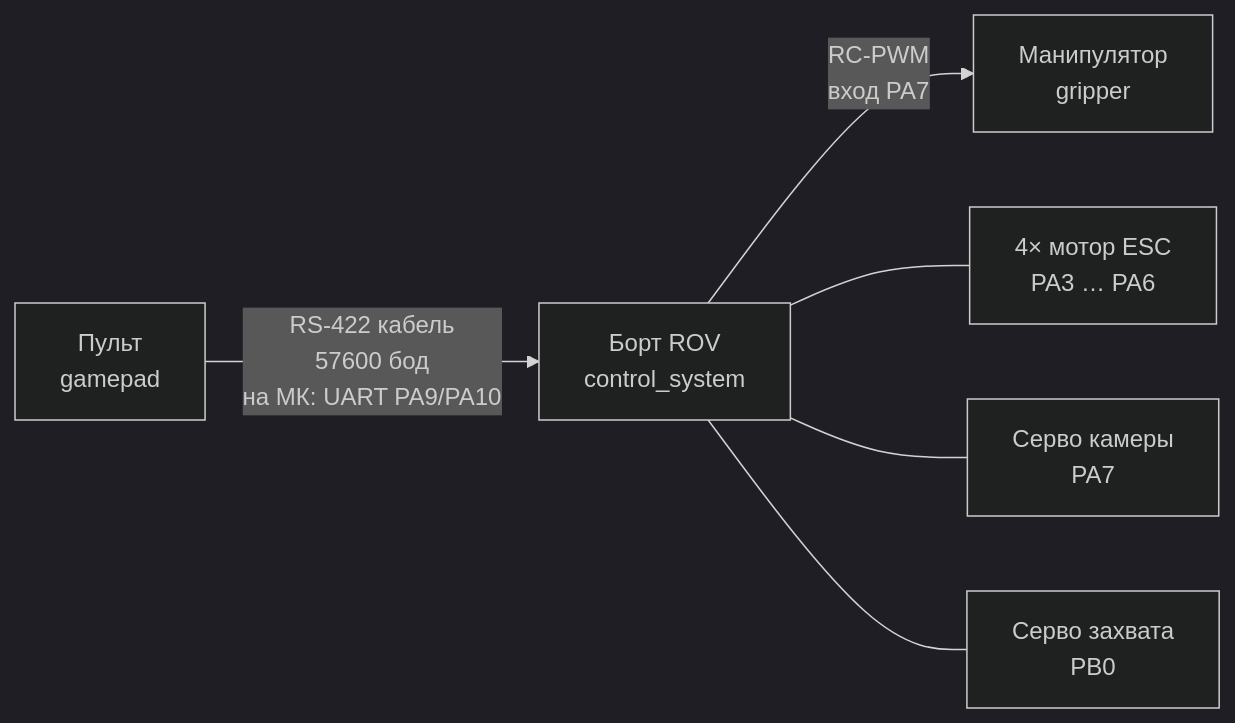
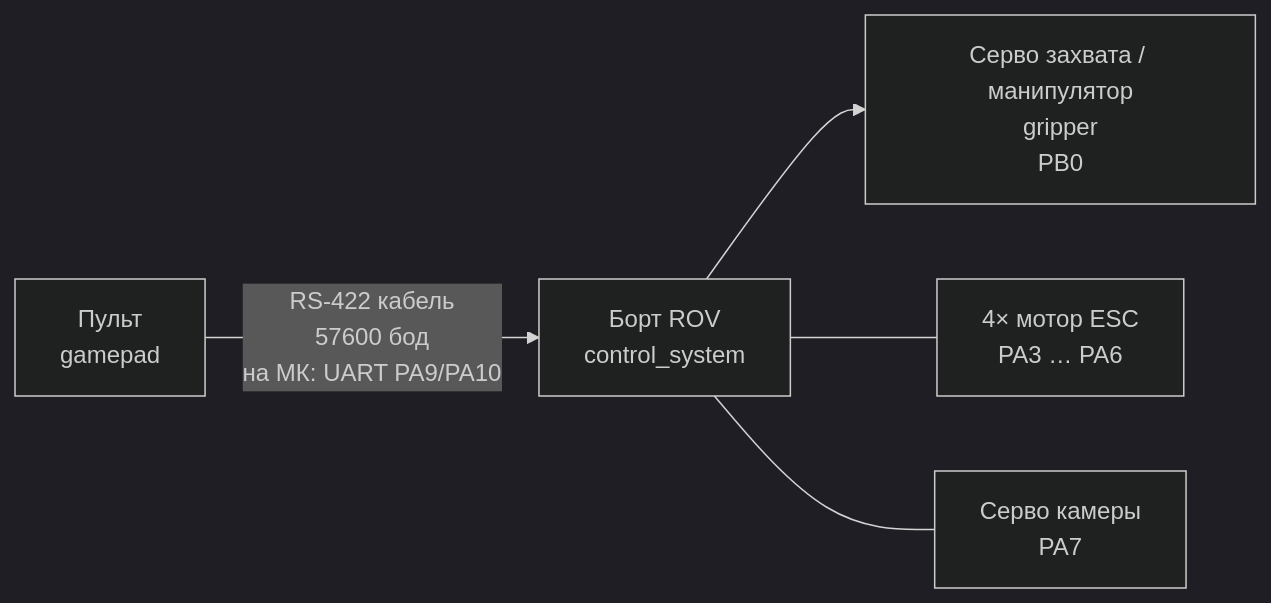
The diagram in README.md (Yarik9008/RovAcademic), drawn with Mermaid (dark theme) before and after one commit. The commit also changed other lines of this file and 166 other files, not shown here.

First line of the commit message:
Реструктуризация: Software/, Hardware/; обновление README и схемы (PB0)

````diff
--- a/README.md
+++ b/README.md
@@ -7,9 +7,8 @@
 ```mermaid
 flowchart LR
   GP["Пульт<br/>gamepad"] -->|"RS-422 кабель<br/>57600 бод<br/>на МК: UART PA9/PA10"| CT["Борт ROV<br/>control_system"]
-  CT -->|"RC-PWM<br/>вход PA7"| GR["Манипулятор<br/>gripper"]
+  CT --> GR["Серво захвата / манипулятор<br/>gripper<br/>PB0"]
 
   CT --- M["4× мотор ESC<br/>PA3 … PA6"]
   CT --- CAM["Серво камеры<br/>PA7"]
-  CT --- ARM["Серво захвата<br/>PB0"]
 ```
````
